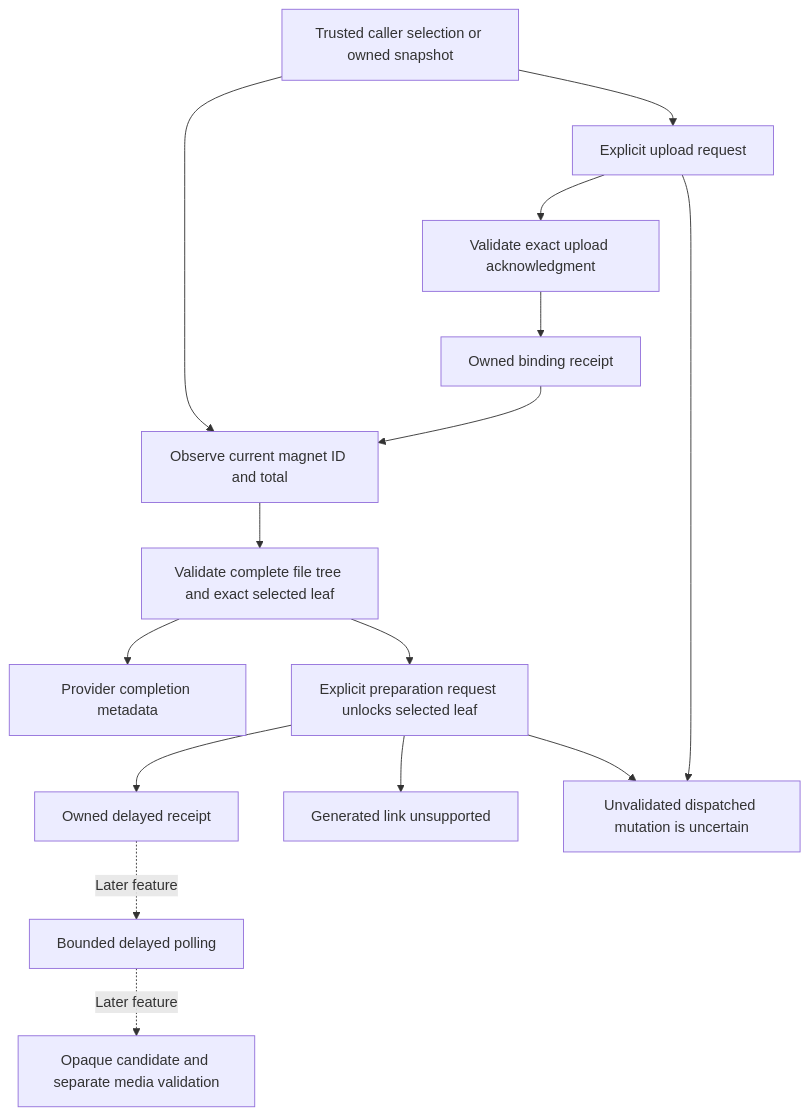
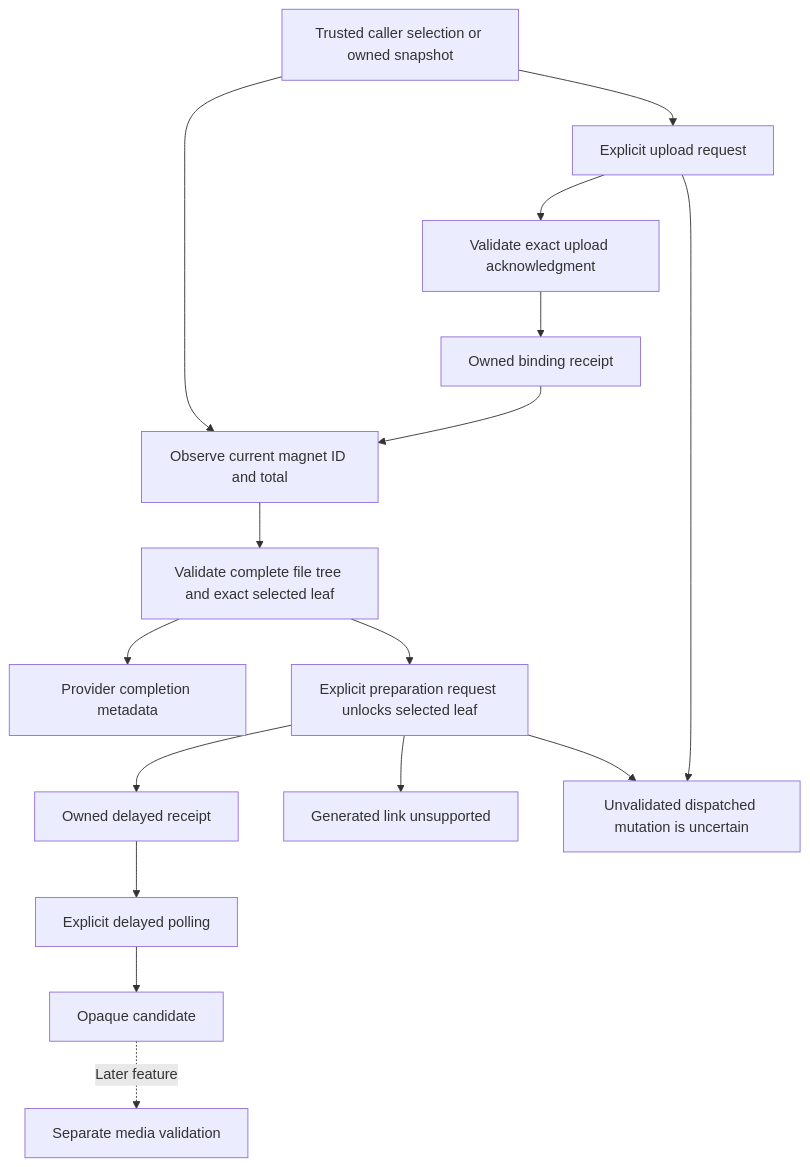
The diagram in crates/hito-debrid-all-debrid/README.md (acidiney/hitoapp), drawn with Mermaid before and after one commit. The commit also changed other lines of this file, not shown here.

Commit message:
docs: record AllDebrid delayed polling evidence and limits

````diff
--- a/crates/hito-debrid-all-debrid/README.md
+++ b/crates/hito-debrid-all-debrid/README.md
@@ -17,17 +19,18 @@
 ```mermaid
 flowchart TD
     Caller[Trusted caller selection or owned snapshot] --> Observe[Observe current magnet ID and total]
     Caller --> Upload[Explicit upload request]
     Upload --> ACK[Validate exact upload acknowledgment]
     ACK --> Receipt[Owned binding receipt]
     Receipt --> Observe
     Observe --> Tree[Validate complete file tree and exact selected leaf]
     Tree --> Complete[Provider completion metadata]
     Tree --> Unlock[Explicit preparation request unlocks selected leaf]
     Unlock --> Delayed[Owned delayed receipt]
     Unlock --> Unsupported[Generated link unsupported]
     Upload --> Unknown[Unvalidated dispatched mutation is uncertain]
     Unlock --> Unknown
-    Delayed -. Later feature .-> Poll[Bounded delayed polling]
-    Poll -. Later feature .-> Media[Opaque candidate and separate media validation]
+    Delayed --> Poll[Explicit delayed polling]
+    Poll --> Candidate[Opaque candidate]
+    Candidate -. Later feature .-> Media[Separate media validation]
 ```
````
